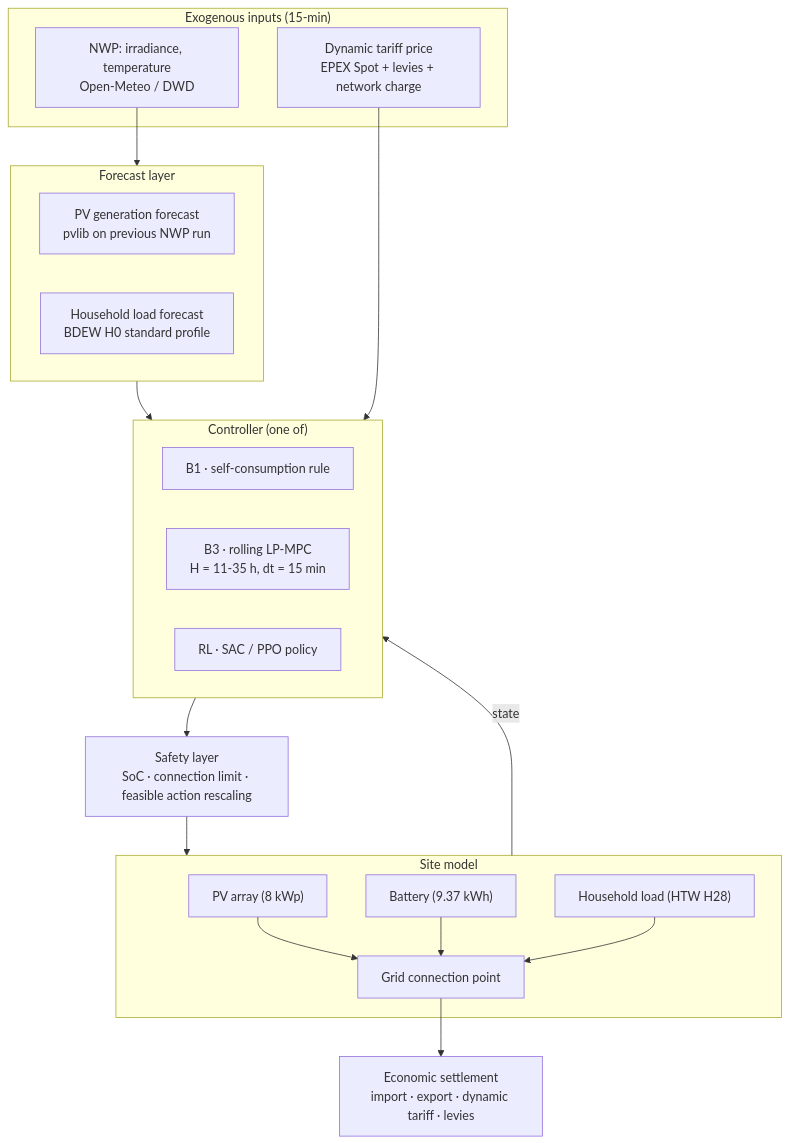
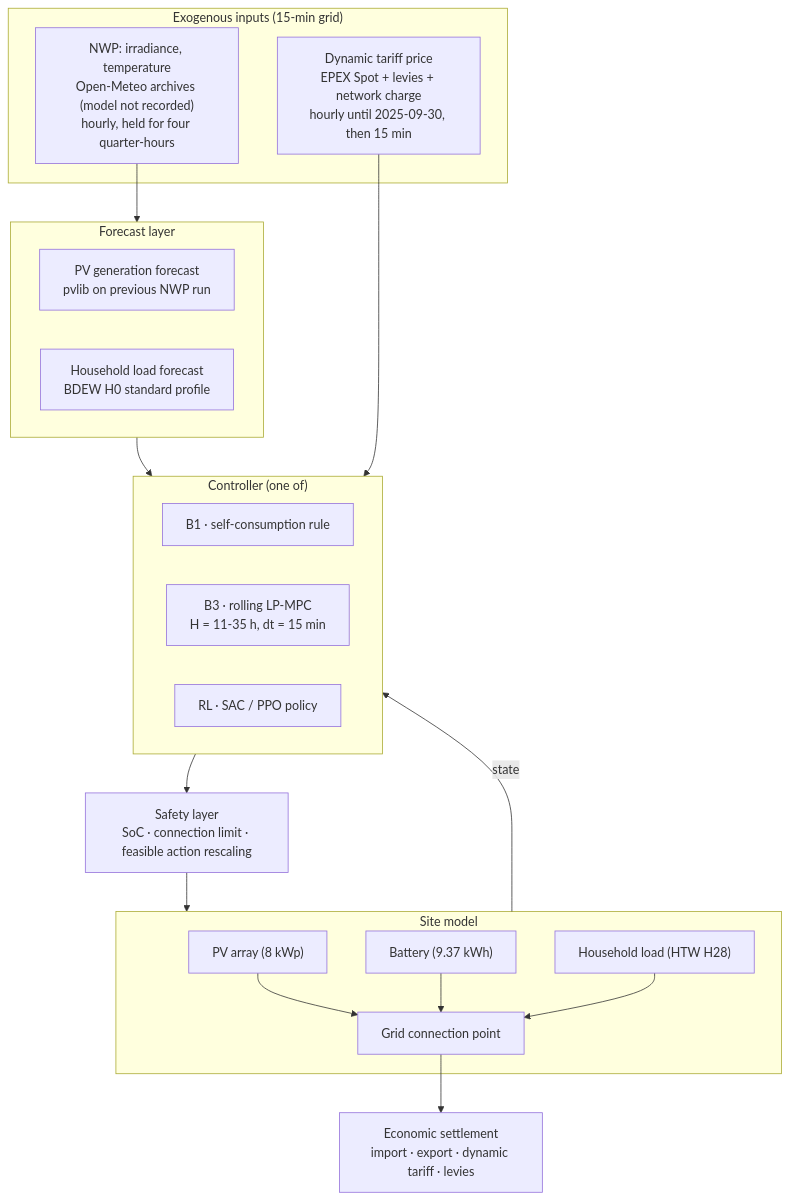
Before and after one commit to muratkus01/Portfolio: the diagram in projects/01-prosumer-pv-bess-mpc-rl/README.md, drawn with Mermaid. The commit also changed other lines of this file, not shown here.

First line of the commit message:
docs(p01): say where day-ahead prices and the PV forecast are hourly

````diff
--- a/projects/01-prosumer-pv-bess-mpc-rl/README.md
+++ b/projects/01-prosumer-pv-bess-mpc-rl/README.md
@@ -448,39 +450,39 @@
 ```mermaid
 flowchart TB
-    subgraph EXO["Exogenous inputs (15-min)"]
-        W["NWP: irradiance, temperature<br/>Open-Meteo / DWD"]
-        PR["Dynamic tariff price<br/>EPEX Spot + levies + network charge"]
+    subgraph EXO["Exogenous inputs (15-min grid)"]
+        W["NWP: irradiance, temperature<br/>Open-Meteo archives (model not recorded)<br/>hourly, held for four quarter-hours"]
+        PR["Dynamic tariff price<br/>EPEX Spot + levies + network charge<br/>hourly until 2025-09-30, then 15 min"]
     end
 
     subgraph FC["Forecast layer"]
         F1["PV generation forecast<br/>pvlib on previous NWP run"]
         F2["Household load forecast<br/>BDEW H0 standard profile"]
     end
 
     subgraph CTRL["Controller (one of)"]
         B1["B1 · self-consumption rule"]
         B3["B3 · rolling LP-MPC<br/>H = 11-35 h, dt = 15 min"]
         RL["RL · SAC / PPO policy"]
     end
 
     SAFE["Safety layer<br/>SoC · connection limit · feasible action rescaling"]
 
     subgraph SITE["Site model"]
         PV["PV array (8 kWp)"]
         BAT["Battery (9.37 kWh)"]
         LOAD["Household load (HTW H28)"]
         GCP["Grid connection point"]
     end
 
     SET["Economic settlement<br/>import · export · dynamic tariff · levies"]
 
     W --> FC
     FC --> CTRL
     PR --> CTRL
     CTRL --> SAFE --> SITE
     PV --> GCP
     BAT --> GCP
     LOAD --> GCP
     GCP --> SET
     SITE -->|state| CTRL
 ```
````
